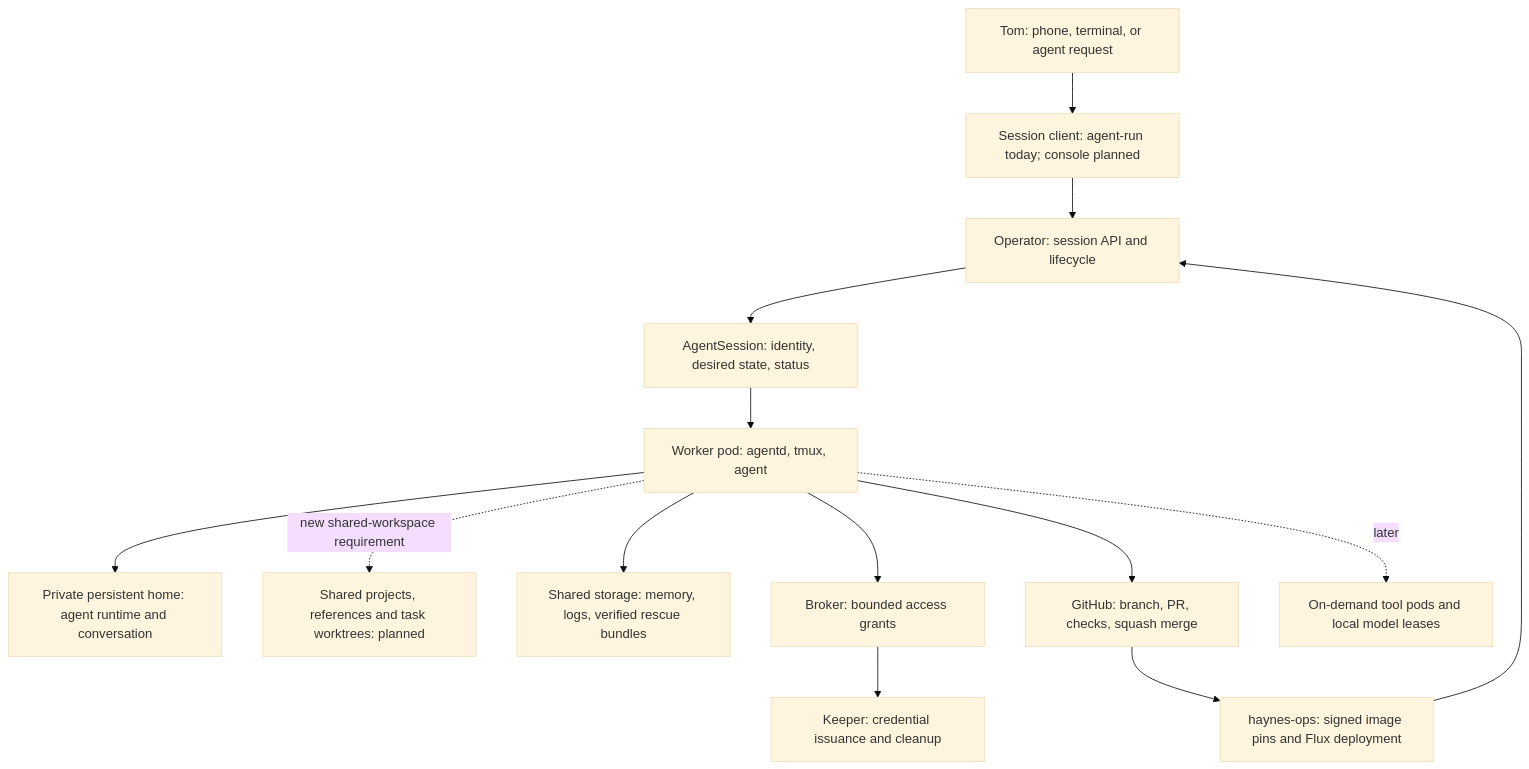
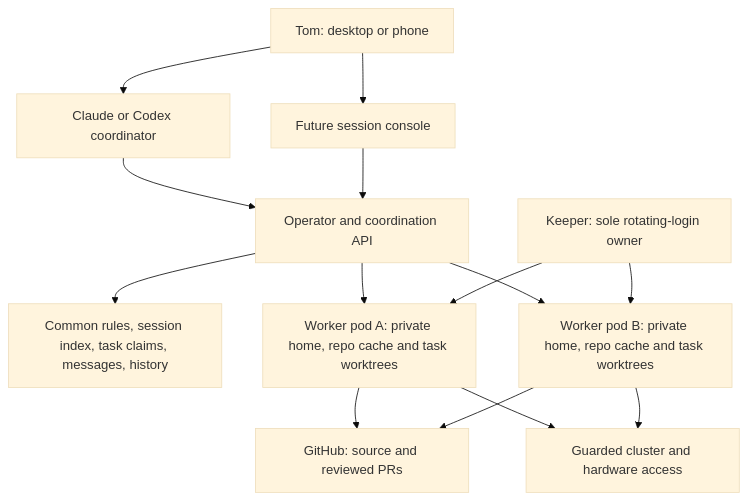
One commit to thaynes43/dev-env changed the first of 3 diagrams in docs/workflow-guide.md. Above: the diagram before and after it, drawn with Mermaid (base theme). The commit also changed other lines of this file and 23 other files, not shown here.

Commit message:
docs: reset v2 around session coordination and private worktrees (#177)

````diff
--- a/docs/workflow-guide.md
+++ b/docs/workflow-guide.md
@@ -120,16 +40,16 @@
 ```mermaid
 flowchart TB
-    Owner["Tom: phone, terminal, or agent request"] --> Client["Session client: agent-run today; console planned"]
-    Client --> Operator["Operator: session API and lifecycle"]
-    Operator --> Session["AgentSession: identity, desired state, status"]
-    Session --> Pod["Worker pod: agentd, tmux, agent"]
-    Pod --> Home["Private persistent home: agent runtime and conversation"]
-    Pod -. "new shared-workspace requirement" .-> Projects["Shared projects, references and task worktrees: planned"]
-    Pod --> Shared["Shared storage: memory, logs, verified rescue bundles"]
-    Pod --> Broker["Broker: bounded access grants"]
-    Broker --> Keeper["Keeper: credential issuance and cleanup"]
-    Pod --> GitHub["GitHub: branch, PR, checks, squash merge"]
-    GitHub --> Flux["haynes-ops: signed image pins and Flux deployment"]
-    Flux --> Operator
-    Pod -. "later" .-> Tools["On-demand tool pods and local model leases"]
+    Owner["Tom: desktop or phone"] --> Agent["Claude or Codex coordinator"]
+    Owner --> UI["Future session console"]
+    Agent --> API["Operator and coordination API"]
+    UI --> API
+    API --> Context["Common rules, session index, task claims, messages, history"]
+    API --> A["Worker pod A: private home, repo cache and task worktrees"]
+    API --> B["Worker pod B: private home, repo cache and task worktrees"]
+    A --> Git["GitHub: source and reviewed PRs"]
+    B --> Git
+    A --> Access["Guarded cluster and hardware access"]
+    B --> Access
+    Keeper["Keeper: sole rotating-login owner"] --> A
+    Keeper --> B
 ```
````
